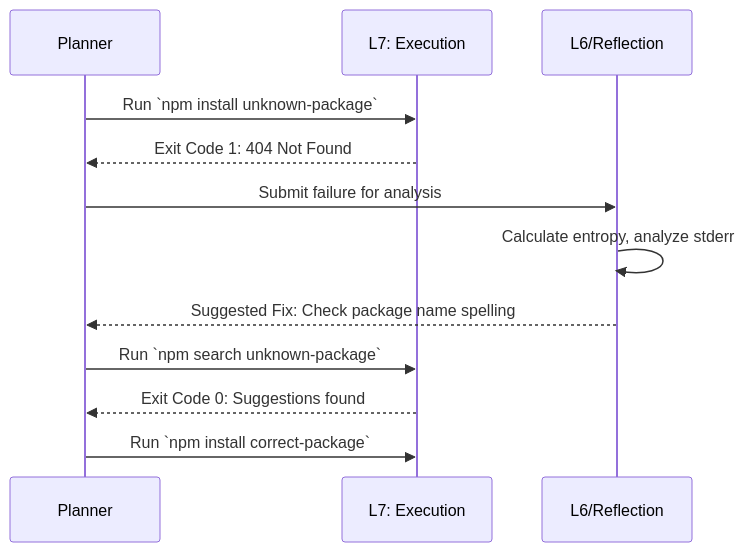
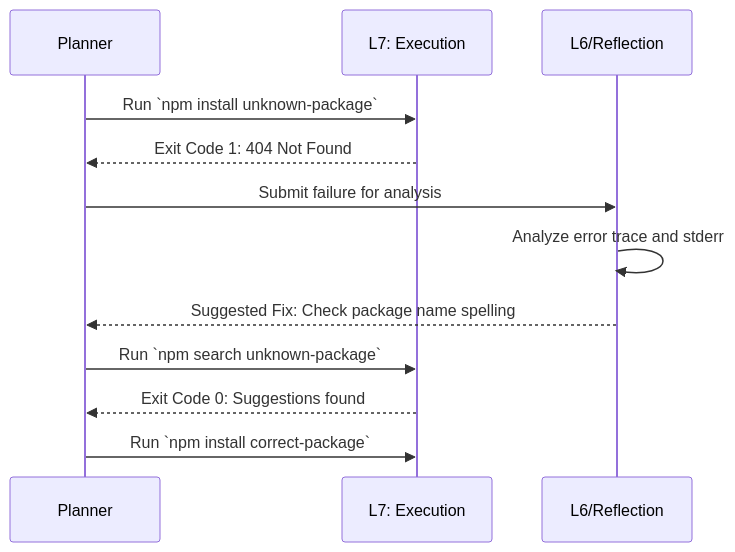
The fourth of 5 diagrams in docs/architecture/SEQUENCE_DIAGRAM.md (TEKURU-ZENO/SELENE-OS), drawn with Mermaid before and after one commit. The commit also changed 27 other files, not shown here.

````diff
--- a/docs/architecture/SEQUENCE_DIAGRAM.md
+++ b/docs/architecture/SEQUENCE_DIAGRAM.md
@@ -96,17 +96,17 @@
 ```mermaid
 sequenceDiagram
     participant PLN as Planner
     participant EXC as L7: Execution
     participant REF as L6/Reflection
     
     PLN->>EXC: Run `npm install unknown-package`
     EXC-->>PLN: Exit Code 1: 404 Not Found
     
     PLN->>REF: Submit failure for analysis
-    REF->>REF: Calculate entropy, analyze stderr
+    REF->>REF: Analyze error trace and stderr
     REF-->>PLN: Suggested Fix: Check package name spelling
     
     PLN->>EXC: Run `npm search unknown-package`
     EXC-->>PLN: Exit Code 0: Suggestions found
     PLN->>EXC: Run `npm install correct-package`
 ```
````
